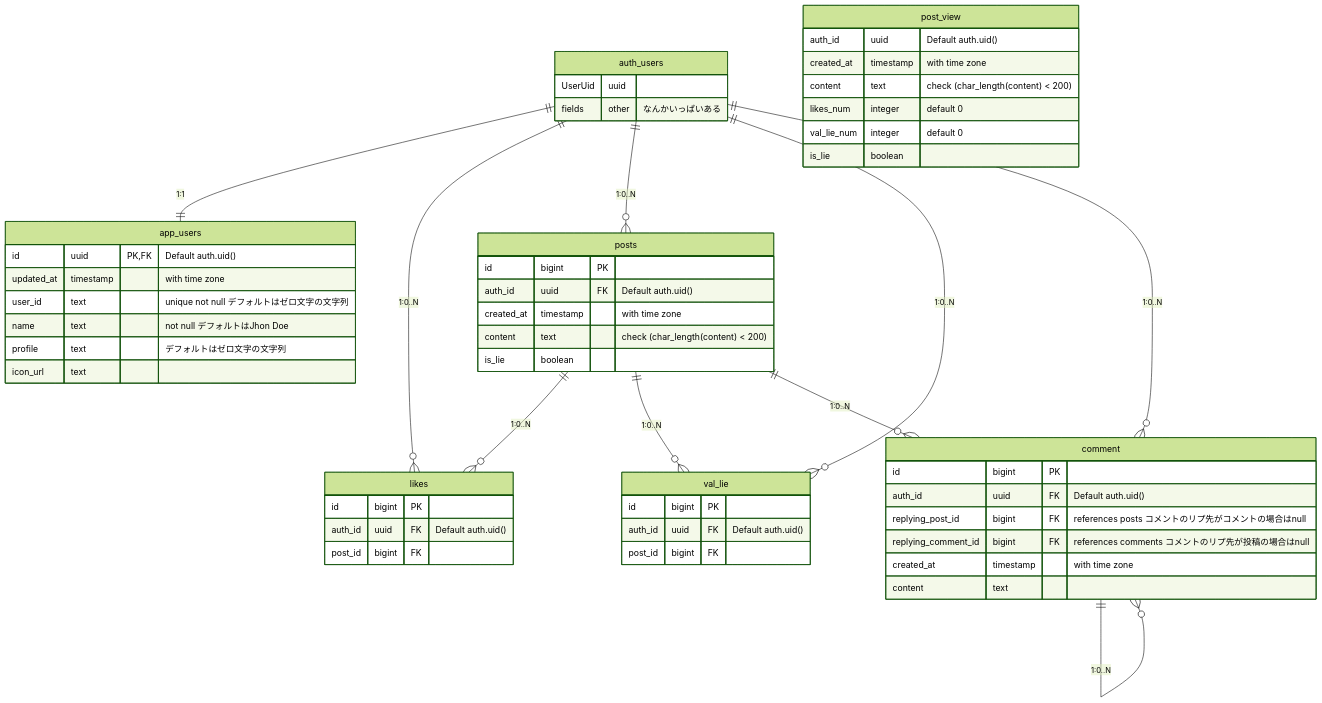
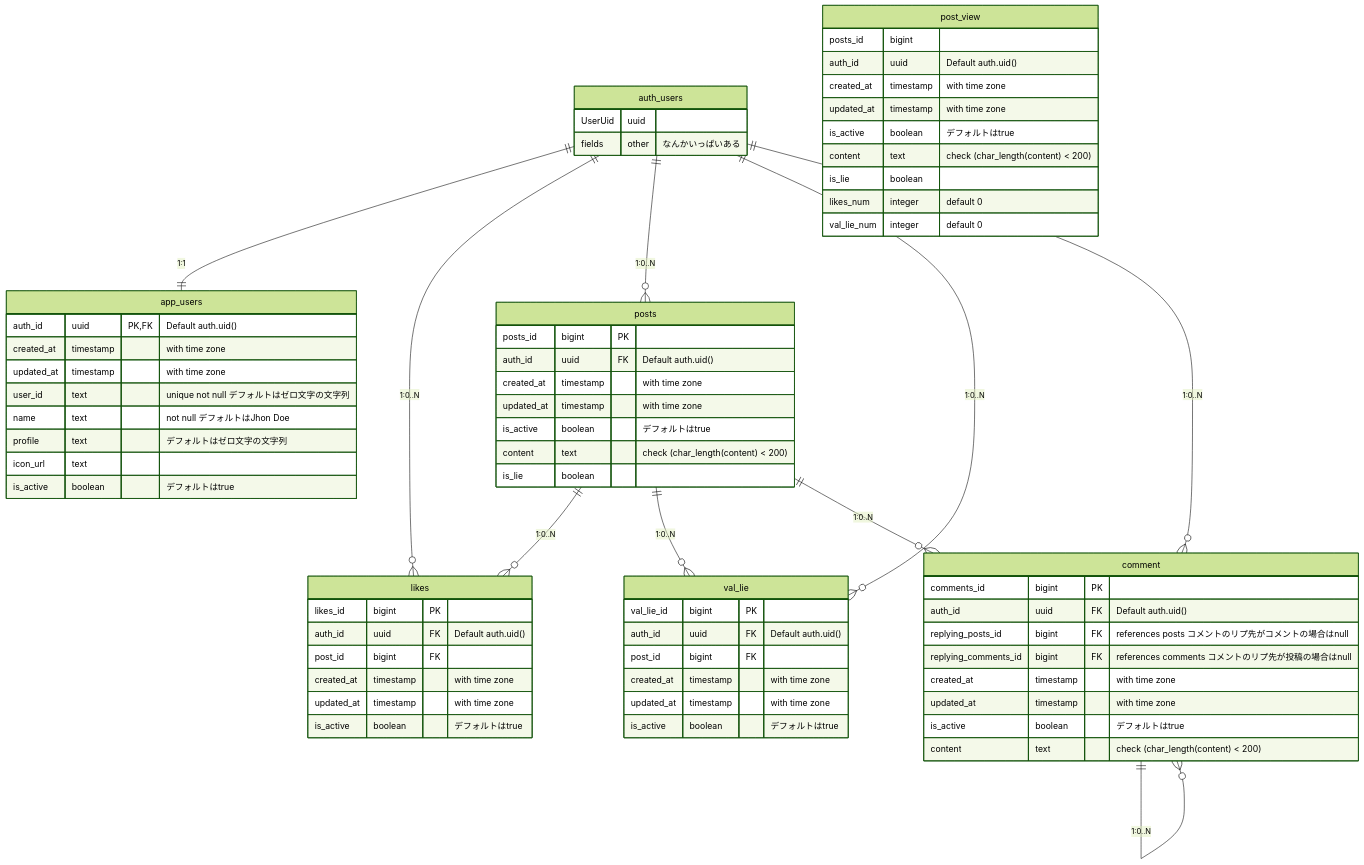
The first of 2 diagrams in db.md (calloc134/HACKU-2023-codespaces), drawn with Mermaid (forest theme) before and after one commit. The commit also changed other lines of this file and 5 other files, not shown here.

````diff
--- a/db.md
+++ b/db.md
@@ -23,51 +23,66 @@
     }
 
     app_users {
-        id uuid PK,FK "Default auth.uid()"
+        auth_id uuid PK,FK "Default auth.uid()"
+        created_at timestamp "with time zone"
         updated_at timestamp "with time zone"
         user_id text "unique not null デフォルトはゼロ文字の文字列"
         name text "not null デフォルトはJhon Doe"
         profile text "デフォルトはゼロ文字の文字列"
         icon_url text 
+        is_active boolean "デフォルトはtrue"
     }
 
     posts {
-      id bigint PK
+      posts_id bigint PK
       auth_id uuid FK "Default auth.uid()"
       created_at timestamp "with time zone"
+      updated_at timestamp "with time zone"
+      is_active boolean "デフォルトはtrue"
       content text "check (char_length(content) < 200)"
       is_lie boolean
     }
 
     comment {
-      id bigint PK
+      comments_id bigint PK
       auth_id uuid FK "Default auth.uid()"
-      replying_post_id bigint  FK "references posts コメントのリプ先がコメントの場合はnull"
-      replying_comment_id bigint FK "references comments コメントのリプ先が投稿の場合はnull"
+      replying_posts_id bigint  FK "references posts コメントのリプ先がコメントの場合はnull"
+      replying_comments_id bigint FK "references comments コメントのリプ先が投稿の場合はnull"
       created_at timestamp "with time zone"
-      content text
+      updated_at timestamp "with time zone"
+      is_active boolean "デフォルトはtrue"
+      content text "check (char_length(content) < 200)"
     }
 
     likes {
-      id bigint PK
+      likes_id bigint PK
       auth_id uuid FK "Default auth.uid()"
       post_id bigint FK
+      created_at timestamp "with time zone"
+      updated_at timestamp "with time zone"
+      is_active boolean "デフォルトはtrue"
     }
 
     val_lie {
-      id bigint PK
+      val_lie_id bigint PK
       auth_id uuid FK "Default auth.uid()"
       post_id bigint FK
+      created_at timestamp "with time zone"
+      updated_at timestamp "with time zone"
+      is_active boolean "デフォルトはtrue"
     }
     
 
     post_view {
+      posts_id bigint
       auth_id uuid  "Default auth.uid()"
       created_at timestamp "with time zone"
+      updated_at timestamp "with time zone"
+      is_active boolean "デフォルトはtrue"
       content text "check (char_length(content) < 200)"
+      is_lie boolean
       likes_num integer "default 0"
       val_lie_num integer "default 0"
-      is_lie boolean
     }
 
 ```
````
